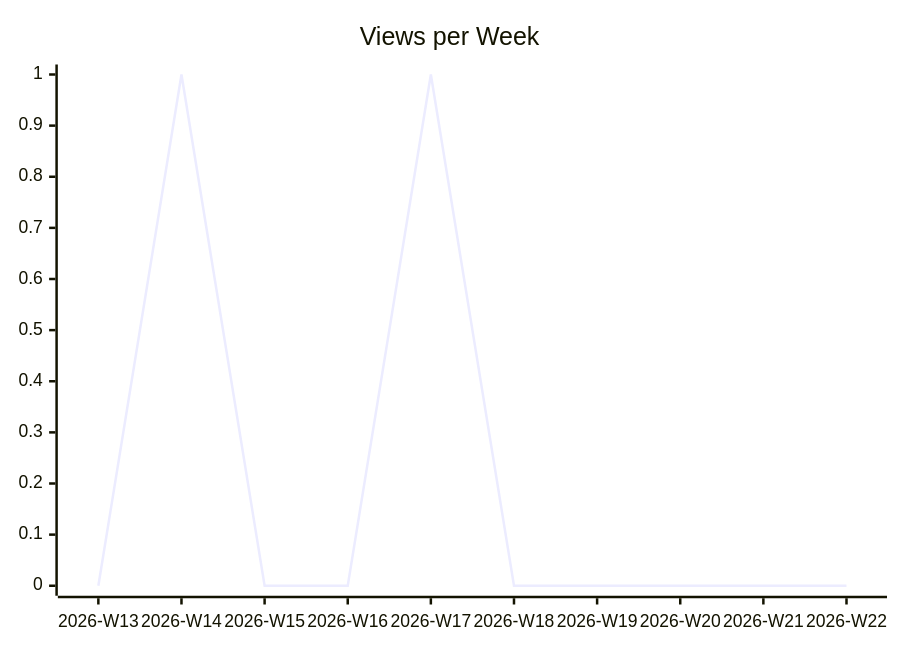
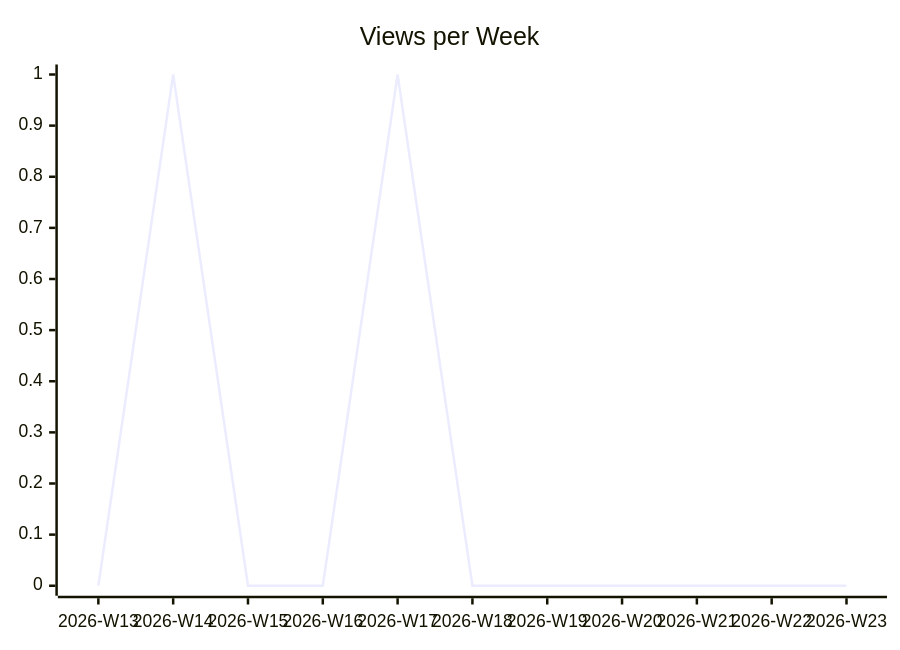
Before and after one commit to justdavis-family/github-analytics-data: the second of 3 diagrams in karlmdavis/todoist-ai/README.md, drawn with Mermaid. The commit also changed other lines of this file and 186 other files, not shown here.

````diff
--- a/karlmdavis/todoist-ai/README.md
+++ b/karlmdavis/todoist-ai/README.md
@@ -12,6 +12,6 @@
 ```mermaid
 xychart-beta
   title "Views per Week"
-  x-axis ["2026-W13", "2026-W14", "2026-W15", "2026-W16", "2026-W17", "2026-W18", "2026-W19", "2026-W20", "2026-W21", "2026-W22"]
-  line [0, 1, 0, 0, 1, 0, 0, 0, 0, 0]
+  x-axis ["2026-W13", "2026-W14", "2026-W15", "2026-W16", "2026-W17", "2026-W18", "2026-W19", "2026-W20", "2026-W21", "2026-W22", "2026-W23"]
+  line [0, 1, 0, 0, 1, 0, 0, 0, 0, 0, 0]
 ```
````
